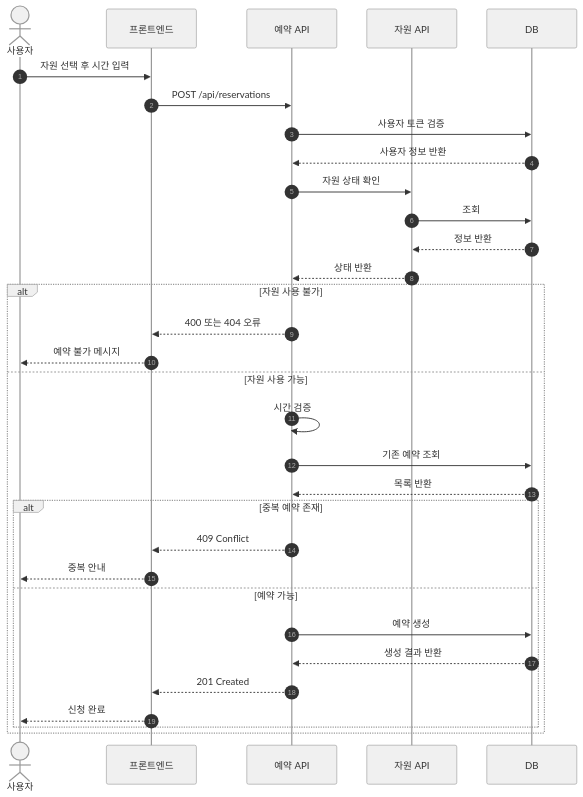
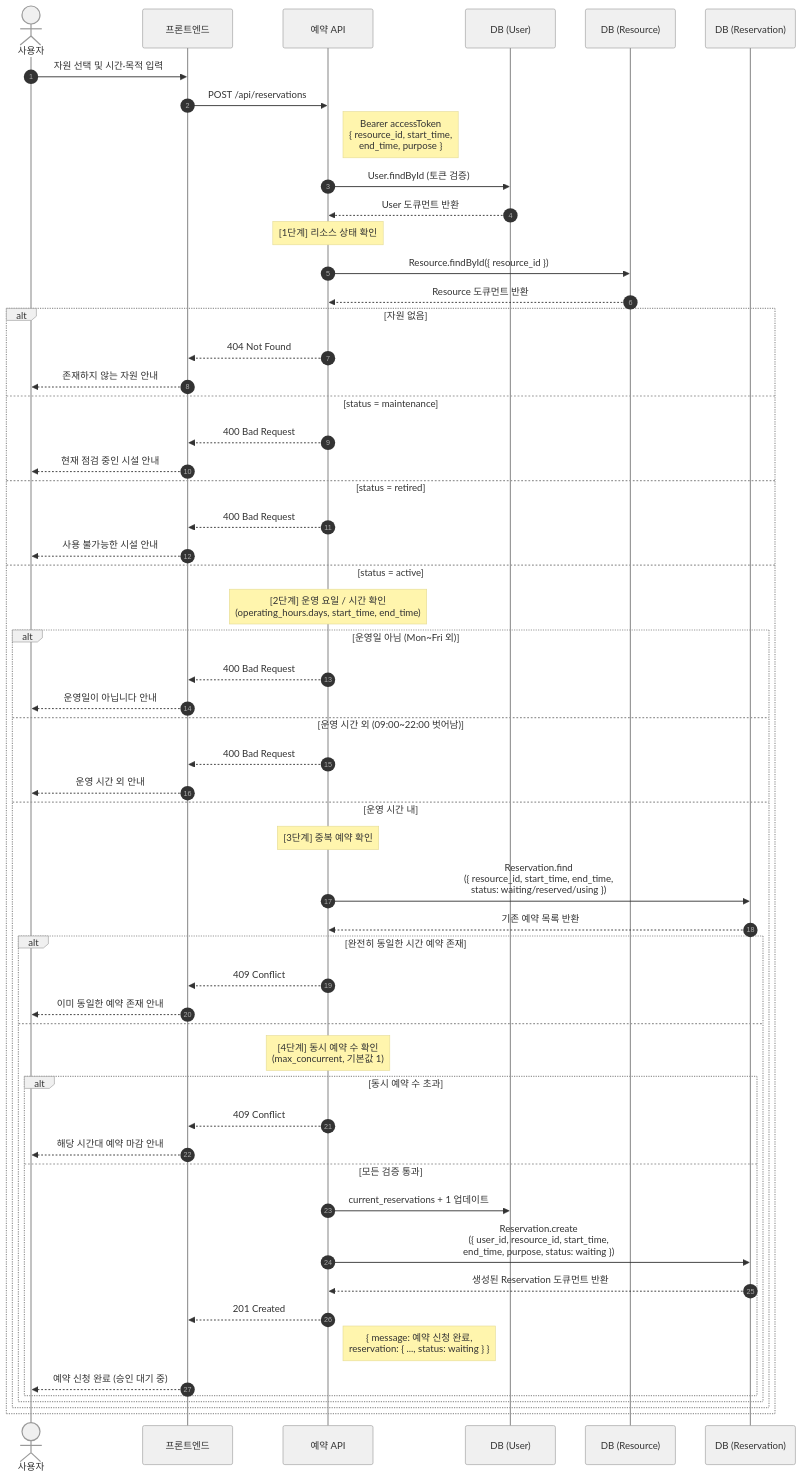
Before and after one commit to lopalap/123dsada: the second of 3 diagrams in README.md, drawn with Mermaid. The commit also changed other lines of this file, not shown here.

````diff
--- a/README.md
+++ b/README.md
@@ -30,35 +57,63 @@
 ```mermaid
 %%{init: {'theme': 'base', 'themeVariables': {'primaryColor': '#f0f0f0', 'primaryTextColor': '#333', 'primaryBorderColor': '#999', 'lineColor': '#555', 'secondaryColor': '#f9f9f9', 'tertiaryColor': '#fff'}}}%%
 sequenceDiagram
     autonumber
     actor User as 사용자
     participant Frontend as 프론트엔드
-    participant ReservationAPI as 예약 API
-    participant ResourceAPI as 자원 API
-    participant DB as DB
-    User->>Frontend: 자원 선택 후 시간 입력
-    Frontend->>ReservationAPI: POST /api/reservations
-    ReservationAPI->>DB: 사용자 토큰 검증
-    DB-->>ReservationAPI: 사용자 정보 반환
-    ReservationAPI->>ResourceAPI: 자원 상태 확인
-    ResourceAPI->>DB: 조회
-    DB-->>ResourceAPI: 정보 반환
-    ResourceAPI-->>ReservationAPI: 상태 반환
-    alt 자원 사용 불가
-        ReservationAPI-->>Frontend: 400 또는 404 오류
-        Frontend-->>User: 예약 불가 메시지
-    else 자원 사용 가능
-        ReservationAPI->>ReservationAPI: 시간 검증
-        ReservationAPI->>DB: 기존 예약 조회
-        DB-->>ReservationAPI: 목록 반환
-        alt 중복 예약 존재
-            ReservationAPI-->>Frontend: 409 Conflict
-            Frontend-->>User: 중복 안내
-        else 예약 가능
-            ReservationAPI->>DB: 예약 생성
-            DB-->>ReservationAPI: 생성 결과 반환
-            ReservationAPI-->>Frontend: 201 Created
-            Frontend-->>User: 신청 완료
+    participant API as 예약 API
+    participant DB_U as DB (User)
+    participant DB_R as DB (Resource)
+    participant DB_RV as DB (Reservation)
+
+    User->>Frontend: 자원 선택 및 시간·목적 입력
+    Frontend->>API: POST /api/reservations
+    note right of API: Bearer accessToken<br/>{ resource_id, start_time,<br/>  end_time, purpose }
+
+    API->>DB_U: User.findById (토큰 검증)
+    DB_U-->>API: User 도큐먼트 반환
+
+    note over API: [1단계] 리소스 상태 확인
+    API->>DB_R: Resource.findById({ resource_id })
+    DB_R-->>API: Resource 도큐먼트 반환
+
+    alt 자원 없음
+        API-->>Frontend: 404 Not Found
+        Frontend-->>User: 존재하지 않는 자원 안내
+    else status = maintenance
+        API-->>Frontend: 400 Bad Request
+        Frontend-->>User: 현재 점검 중인 시설 안내
+    else status = retired
+        API-->>Frontend: 400 Bad Request
+        Frontend-->>User: 사용 불가능한 시설 안내
+    else status = active
+        note over API: [2단계] 운영 요일 / 시간 확인<br/>(operating_hours.days, start_time, end_time)
+        alt 운영일 아님 (Mon~Fri 외)
+            API-->>Frontend: 400 Bad Request
+            Frontend-->>User: 운영일이 아닙니다 안내
+        else 운영 시간 외 (09:00~22:00 벗어남)
+            API-->>Frontend: 400 Bad Request
+            Frontend-->>User: 운영 시간 외 안내
+        else 운영 시간 내
+            note over API: [3단계] 중복 예약 확인
+            API->>DB_RV: Reservation.find<br/>({ resource_id, start_time, end_time,<br/>  status: waiting/reserved/using })
+            DB_RV-->>API: 기존 예약 목록 반환
+            alt 완전히 동일한 시간 예약 존재
+                API-->>Frontend: 409 Conflict
+                Frontend-->>User: 이미 동일한 예약 존재 안내
+            else
+                note over API: [4단계] 동시 예약 수 확인<br/>(max_concurrent, 기본값 1)
+                alt 동시 예약 수 초과
+                    API-->>Frontend: 409 Conflict
+                    Frontend-->>User: 해당 시간대 예약 마감 안내
+                else 모든 검증 통과
+                    API->>DB_U: current_reservations + 1 업데이트
+                    API->>DB_RV: Reservation.create<br/>({ user_id, resource_id, start_time,<br/>  end_time, purpose, status: waiting })
+                    DB_RV-->>API: 생성된 Reservation 도큐먼트 반환
+                    API-->>Frontend: 201 Created
+                    note right of API: { message: 예약 신청 완료,<br/>  reservation: { ..., status: waiting } }
+                    Frontend-->>User: 예약 신청 완료 (승인 대기 중)
+                end
+            end
         end
     end
 ```
````
